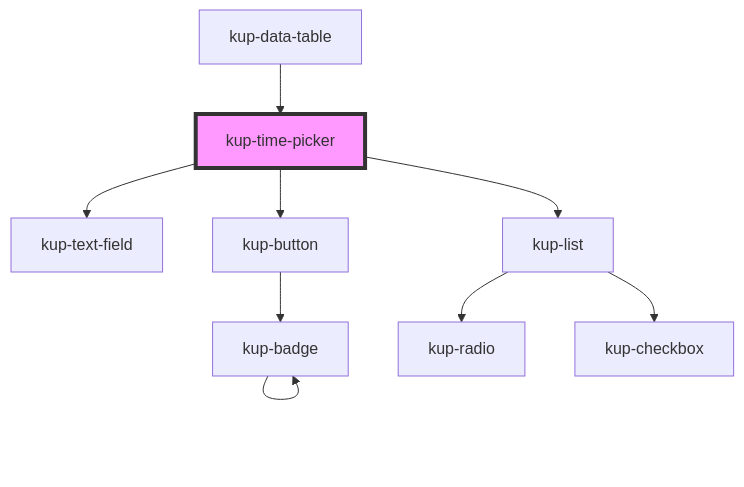
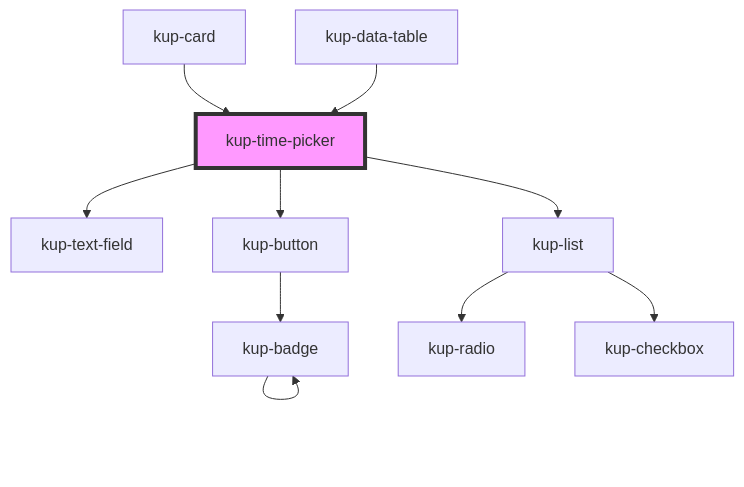
The diagram in packages/ketchup/src/components/kup-time-picker/readme.md (smeup/ketchup), drawn with Mermaid before and after one commit. The commit also changed other lines of this file and 11 other files, not shown here.

````diff
--- a/packages/ketchup/src/components/kup-time-picker/readme.md
+++ b/packages/ketchup/src/components/kup-time-picker/readme.md
@@ -90,12 +91,13 @@
 ```mermaid
 graph TD;
   kup-time-picker --> kup-text-field
   kup-time-picker --> kup-button
   kup-time-picker --> kup-list
   kup-button --> kup-badge
   kup-badge --> kup-badge
   kup-list --> kup-radio
   kup-list --> kup-checkbox
+  kup-card --> kup-time-picker
   kup-data-table --> kup-time-picker
   style kup-time-picker fill:#f9f,stroke:#333,stroke-width:4px
 ```
````
